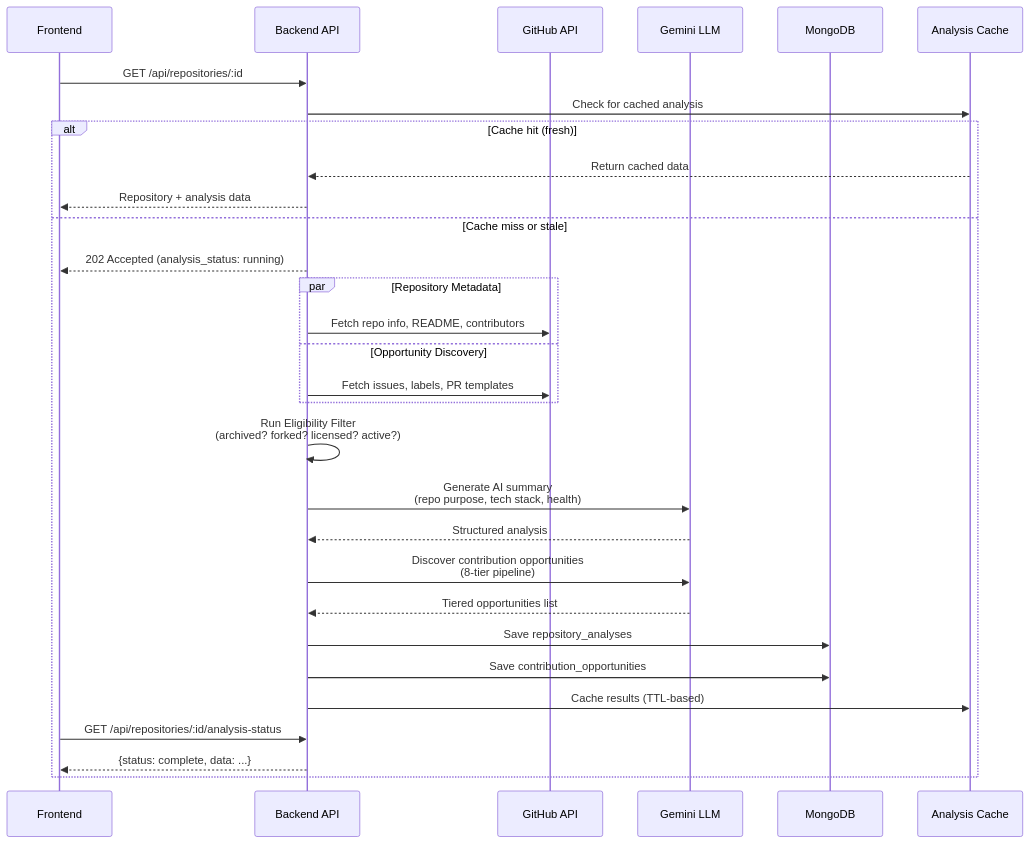
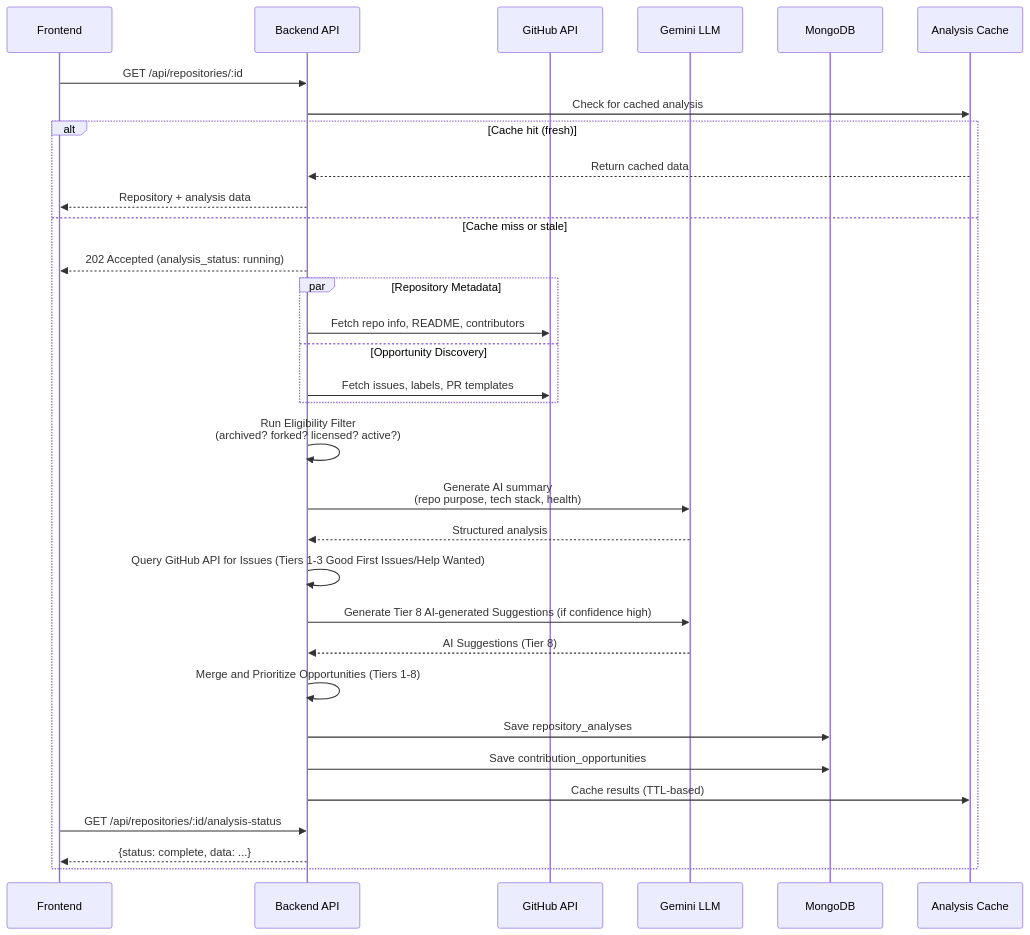
Before and after one commit to MuditIsOP/OpenScout.ai: the sixth of 13 diagrams in APP_ARCHITECTURE.md, drawn with Mermaid. The commit also changed other lines of this file and 6 other files, not shown here.

Commit message:
docs: refine Phase 1 scope, update authentication and database schema, and document project phase boundaries.

````diff
--- a/APP_ARCHITECTURE.md
+++ b/APP_ARCHITECTURE.md
@@ -199,40 +204,42 @@
 ```mermaid
 sequenceDiagram
     participant FE as Frontend
     participant BE as Backend API
     participant GH as GitHub API
     participant LLM as Gemini LLM
     participant DB as MongoDB
     participant Cache as Analysis Cache
 
     FE->>BE: GET /api/repositories/:id
     BE->>Cache: Check for cached analysis
     
     alt Cache hit (fresh)
         Cache-->>BE: Return cached data
         BE-->>FE: Repository + analysis data
     else Cache miss or stale
         BE-->>FE: 202 Accepted (analysis_status: running)
         
         par Repository Metadata
             BE->>GH: Fetch repo info, README, contributors
         and Opportunity Discovery
             BE->>GH: Fetch issues, labels, PR templates
         end
         
         BE->>BE: Run Eligibility Filter<br/>(archived? forked? licensed? active?)
         
         BE->>LLM: Generate AI summary<br/>(repo purpose, tech stack, health)
         LLM-->>BE: Structured analysis
 
-        BE->>LLM: Discover contribution opportunities<br/>(8-tier pipeline)
-        LLM-->>BE: Tiered opportunities list
+        BE->>BE: Query GitHub API for Issues (Tiers 1-3 Good First Issues/Help Wanted)
+        BE->>LLM: Generate Tier 8 AI-generated Suggestions (if confidence high)
+        LLM-->>BE: AI Suggestions (Tier 8)
+        BE->>BE: Merge and Prioritize Opportunities (Tiers 1-8)
 
         BE->>DB: Save repository_analyses
         BE->>DB: Save contribution_opportunities
         BE->>Cache: Cache results (TTL-based)
         
         FE->>BE: GET /api/repositories/:id/analysis-status
         BE-->>FE: {status: complete, data: ...}
     end
 ```
````
